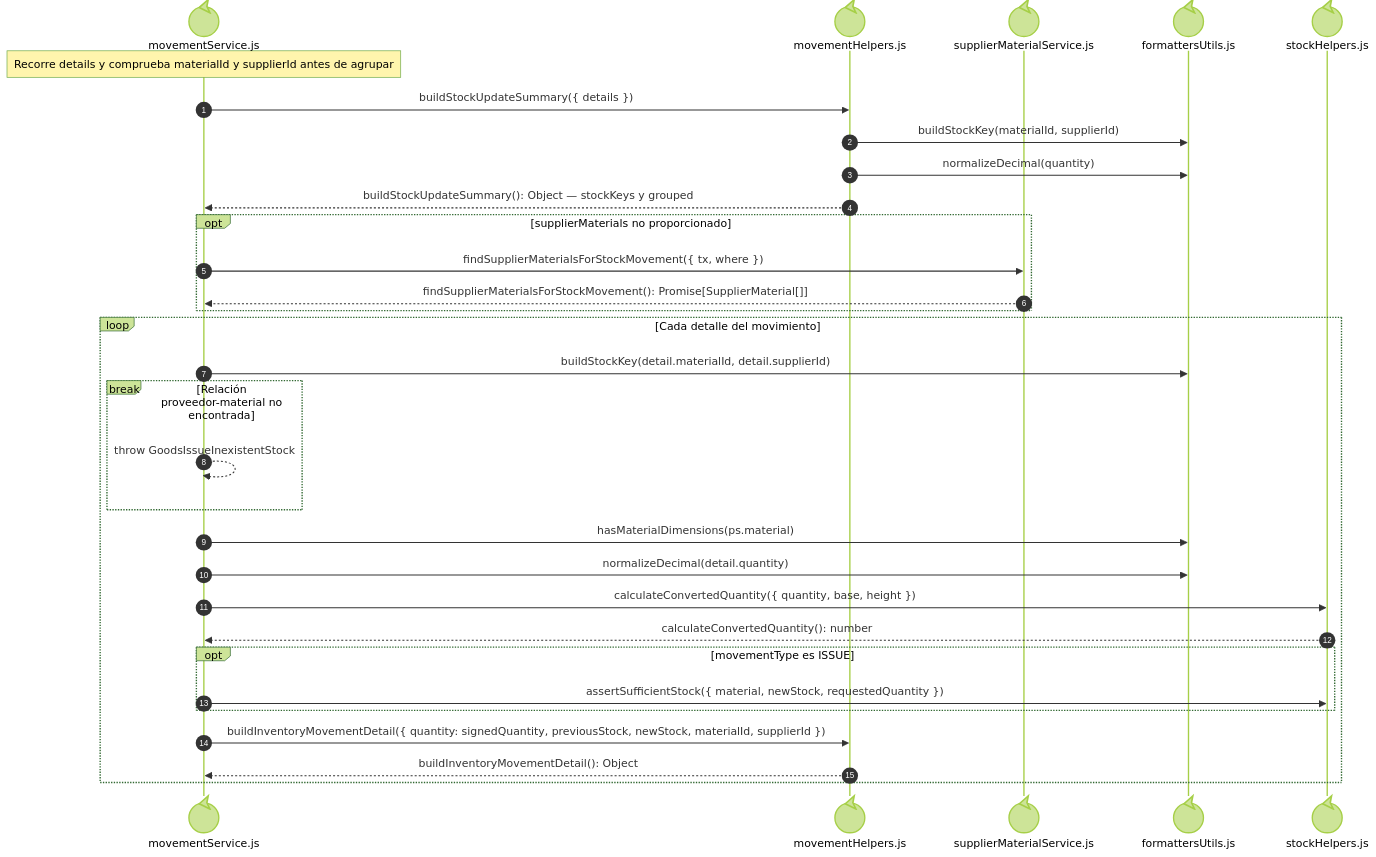
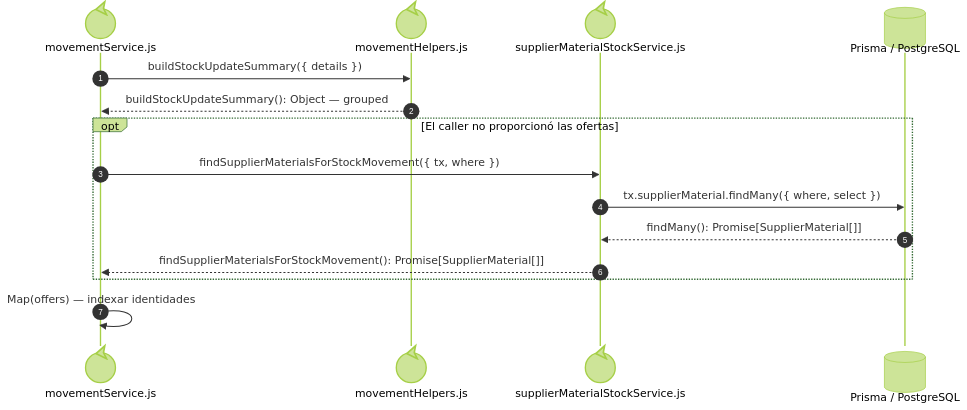
One commit to gpgsistemas01/nexus changed the fifth of 6 diagrams in docs/architecture/views/processes/backend-code-sequences/issues/cu-sal-20.md. Above: the diagram before and after it, drawn with Mermaid (forest theme). The commit also changed other lines of this file and 122 other files, not shown here.

````diff
--- a/docs/architecture/views/processes/backend-code-sequences/issues/cu-sal-20.md
+++ b/docs/architecture/views/processes/backend-code-sequences/issues/cu-sal-20.md
@@ -209,34 +208,17 @@
 ```mermaid
 sequenceDiagram
     autonumber
     participant Inventory@{ "type": "control" } as movementService.js
     participant MovementHelpers@{ "type": "control" } as movementHelpers.js
-    participant SupplierMaterial@{ "type": "control" } as supplierMaterialService.js
-    participant Formatter@{ "type": "control" } as formattersUtils.js
-    participant StockChecks@{ "type": "control" } as stockHelpers.js
-
-    Note over Inventory: Recorre details y comprueba materialId y supplierId antes de agrupar
+    participant StockBalance@{ "type": "control" } as supplierMaterialStockService.js
+    participant Prisma@{ "type": "database" } as Prisma / PostgreSQL
     Inventory->>MovementHelpers: buildStockUpdateSummary({ details })
-    MovementHelpers->>Formatter: buildStockKey(materialId, supplierId)
-    MovementHelpers->>Formatter: normalizeDecimal(quantity)
-    MovementHelpers-->>Inventory: buildStockUpdateSummary(): Object — stockKeys y grouped
-    opt supplierMaterials no proporcionado
-        Inventory->>SupplierMaterial: findSupplierMaterialsForStockMovement({ tx, where })
-        SupplierMaterial-->>Inventory: findSupplierMaterialsForStockMovement(): Promise[SupplierMaterial[]]
+    MovementHelpers-->>Inventory: buildStockUpdateSummary(): Object — grouped
+    opt El caller no proporcionó las ofertas
+        Inventory->>StockBalance: findSupplierMaterialsForStockMovement({ tx, where })
+        StockBalance->>Prisma: tx.supplierMaterial.findMany({ where, select })
+        Prisma-->>StockBalance: findMany(): Promise[SupplierMaterial[]]
+        StockBalance-->>Inventory: findSupplierMaterialsForStockMovement(): Promise[SupplierMaterial[]]
     end
-    loop Cada detalle del movimiento
-        Inventory->>Formatter: buildStockKey(detail.materialId, detail.supplierId)
-        break Relación proveedor-material no encontrada
-            Inventory-->>Inventory: throw GoodsIssueInexistentStock
-        end
-        Inventory->>Formatter: hasMaterialDimensions(ps.material)
-        Inventory->>Formatter: normalizeDecimal(detail.quantity)
-        Inventory->>StockChecks: calculateConvertedQuantity({ quantity, base, height })
-        StockChecks-->>Inventory: calculateConvertedQuantity(): number
-        opt movementType es ISSUE
-            Inventory->>StockChecks: assertSufficientStock({ material, newStock, requestedQuantity })
-        end
-        Inventory->>MovementHelpers: buildInventoryMovementDetail({ quantity: signedQuantity, previousStock, newStock, materialId, supplierId })
-        MovementHelpers-->>Inventory: buildInventoryMovementDetail(): Object
-    end
+    Inventory->>Inventory: Map(offers) — indexar identidades
 ```
````
